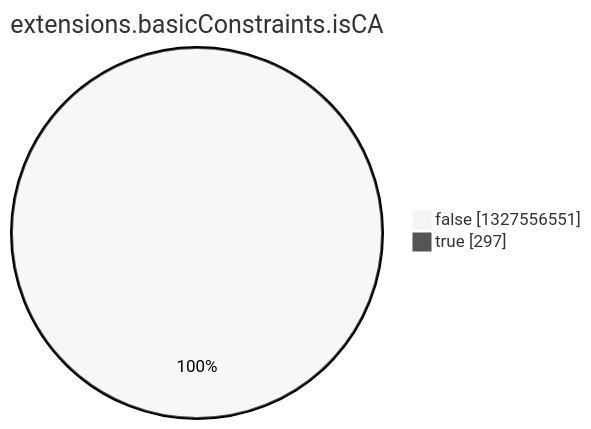
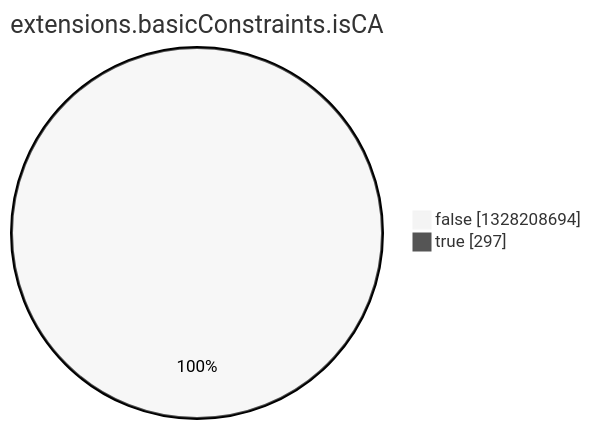
One commit to christiankrug/ctmonitor_visualization changed the eighth of 15 diagrams in argon2022/README.md. Above: the diagram before and after it, drawn with Mermaid (neutral theme). The commit also changed other lines of this file, not shown here.

````diff
--- a/argon2022/README.md
+++ b/argon2022/README.md
@@ -2758,6 +2758,6 @@
 ```mermaid
 pie showData
 title extensions.basicConstraints.isCA
-"false" :1327556551
+"false" :1328208694
 "true" :297
 ```
````
